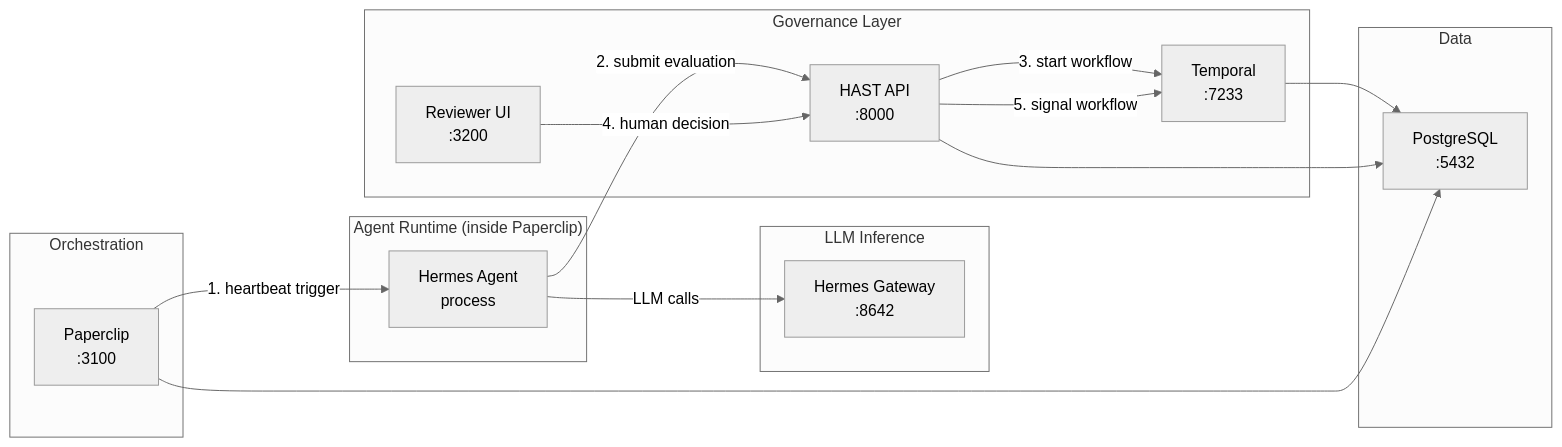
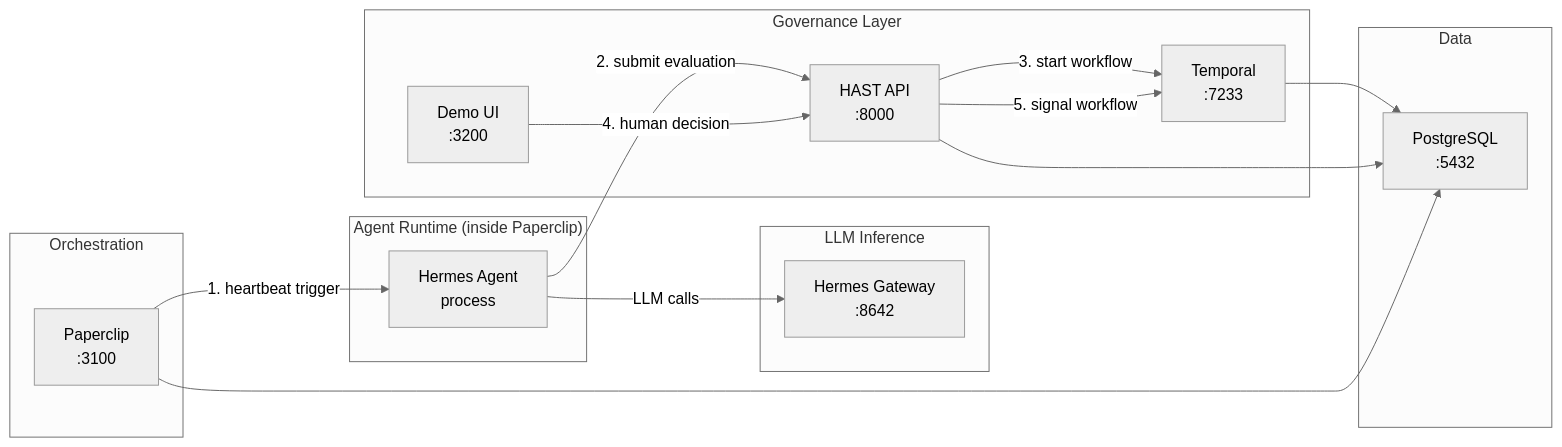
The first of 2 diagrams in README.md (fierro-ltd/lecture-agentic-ai), drawn with Mermaid (neutral theme) before and after one commit. The commit also changed other lines of this file and 3 other files, not shown here.

Commit message:
docs: update all references from reviewer-ui to demo-ui

````diff
--- a/README.md
+++ b/README.md
@@ -9,34 +9,34 @@
 ```mermaid
 graph LR
     subgraph Orchestration
         PAP["Paperclip<br/>:3100"]
     end
 
     subgraph "Agent Runtime (inside Paperclip)"
         HA["Hermes Agent<br/>process"]
     end
 
     subgraph "LLM Inference"
         HG["Hermes Gateway<br/>:8642"]
     end
 
     subgraph "Governance Layer"
         HAST["HAST API<br/>:8000"]
         TMP["Temporal<br/>:7233"]
-        RUI["Reviewer UI<br/>:3200"]
+        RUI["Demo UI<br/>:3200"]
     end
 
     subgraph Data
         PG["PostgreSQL<br/>:5432"]
     end
 
     PAP -- "1. heartbeat trigger" --> HA
     HA -- "LLM calls" --> HG
     HA -- "2. submit evaluation" --> HAST
     HAST -- "3. start workflow" --> TMP
     RUI -- "4. human decision" --> HAST
     HAST -- "5. signal workflow" --> TMP
     TMP --> PG
     HAST --> PG
     PAP --> PG
 ```
````
